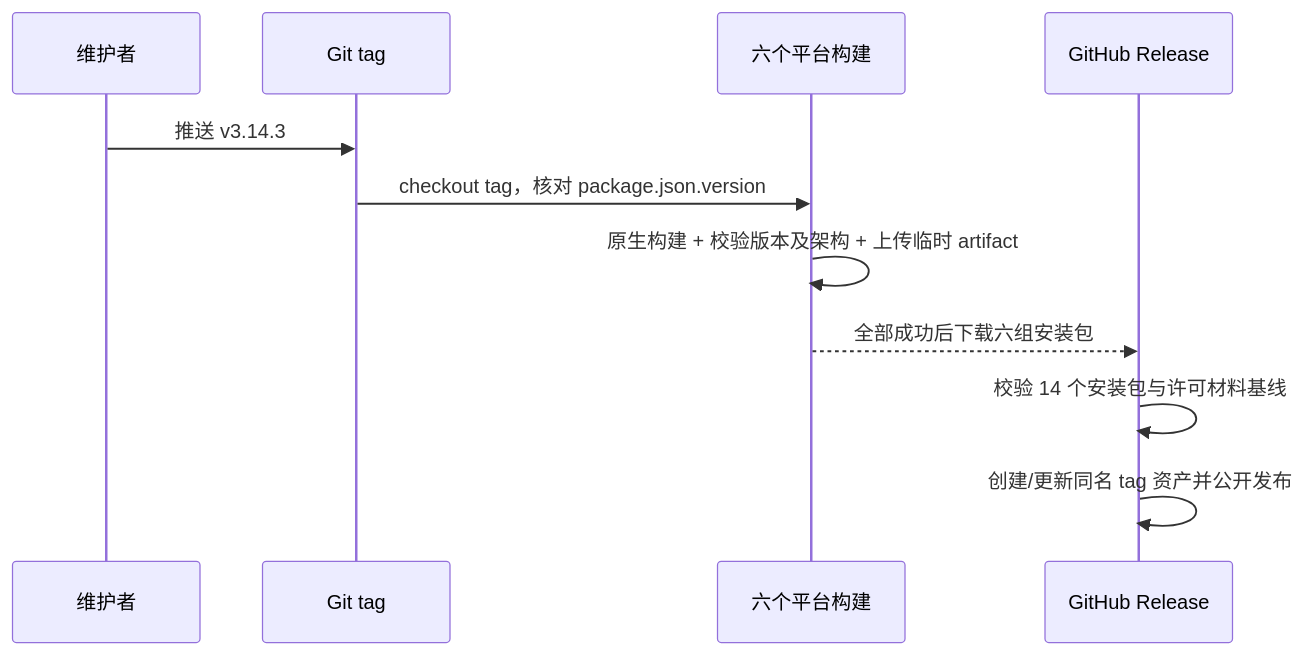
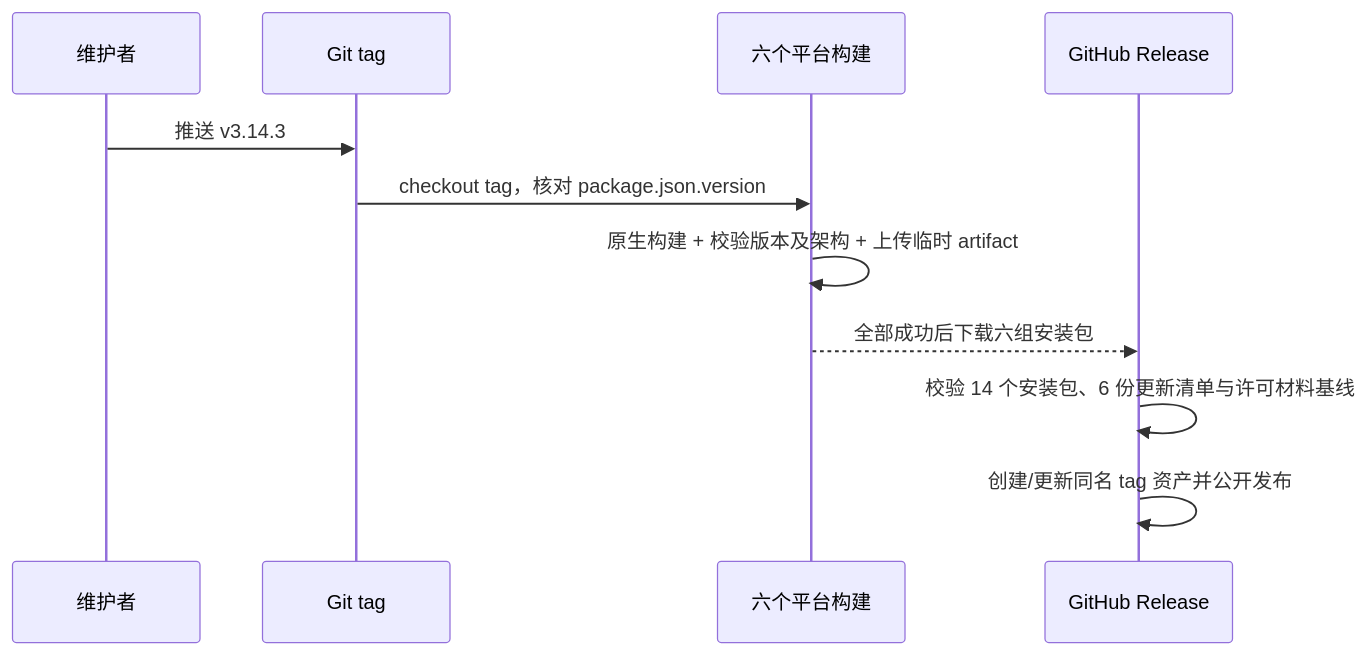
Before and after one commit to lemon-casino/LemonCode: the diagram in specs/github-actions-desktop-release.md, drawn with Mermaid. The commit also changed other lines of this file and 7 other files, not shown here.

````diff
--- a/specs/github-actions-desktop-release.md
+++ b/specs/github-actions-desktop-release.md
@@ -50,13 +56,13 @@
 ```mermaid
 sequenceDiagram
   participant Maintainer as 维护者
   participant Git as Git tag
   participant Matrix as 六个平台构建
   participant Release as GitHub Release
   Maintainer->>Git: 推送 v3.14.3
   Git->>Matrix: checkout tag，核对 package.json.version
   Matrix->>Matrix: 原生构建 + 校验版本及架构 + 上传临时 artifact
   Matrix-->>Release: 全部成功后下载六组安装包
-  Release->>Release: 校验 14 个安装包与许可材料基线
+  Release->>Release: 校验 14 个安装包、6 份更新清单与许可材料基线
   Release->>Release: 创建/更新同名 tag 资产并公开发布
 ```
````
